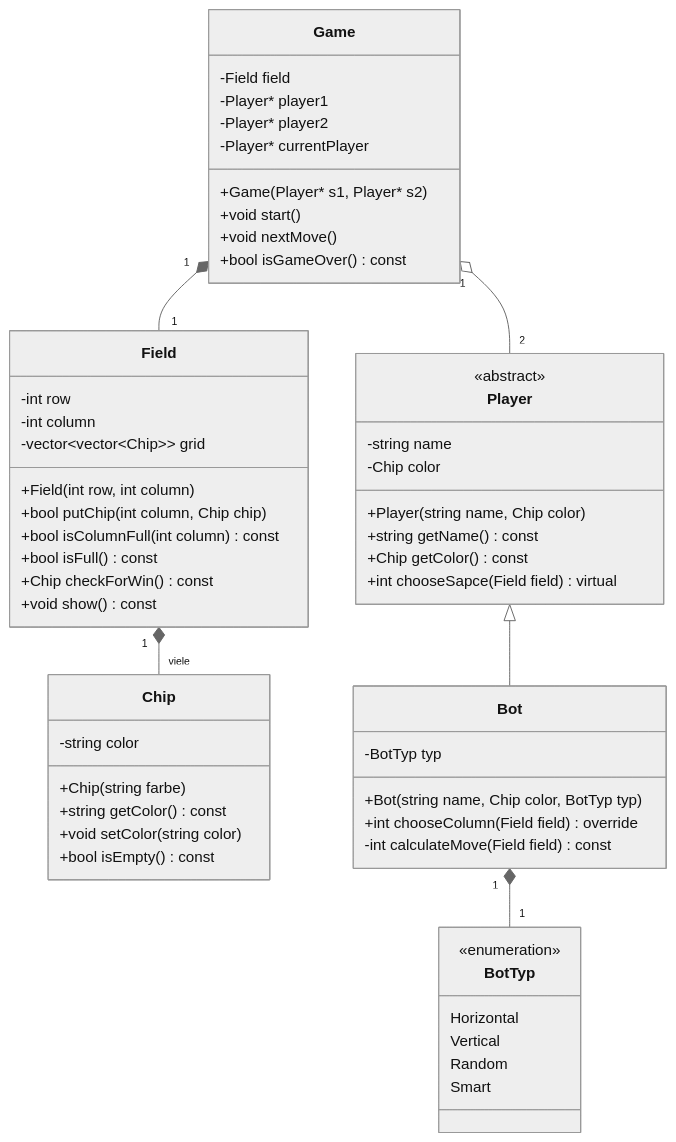
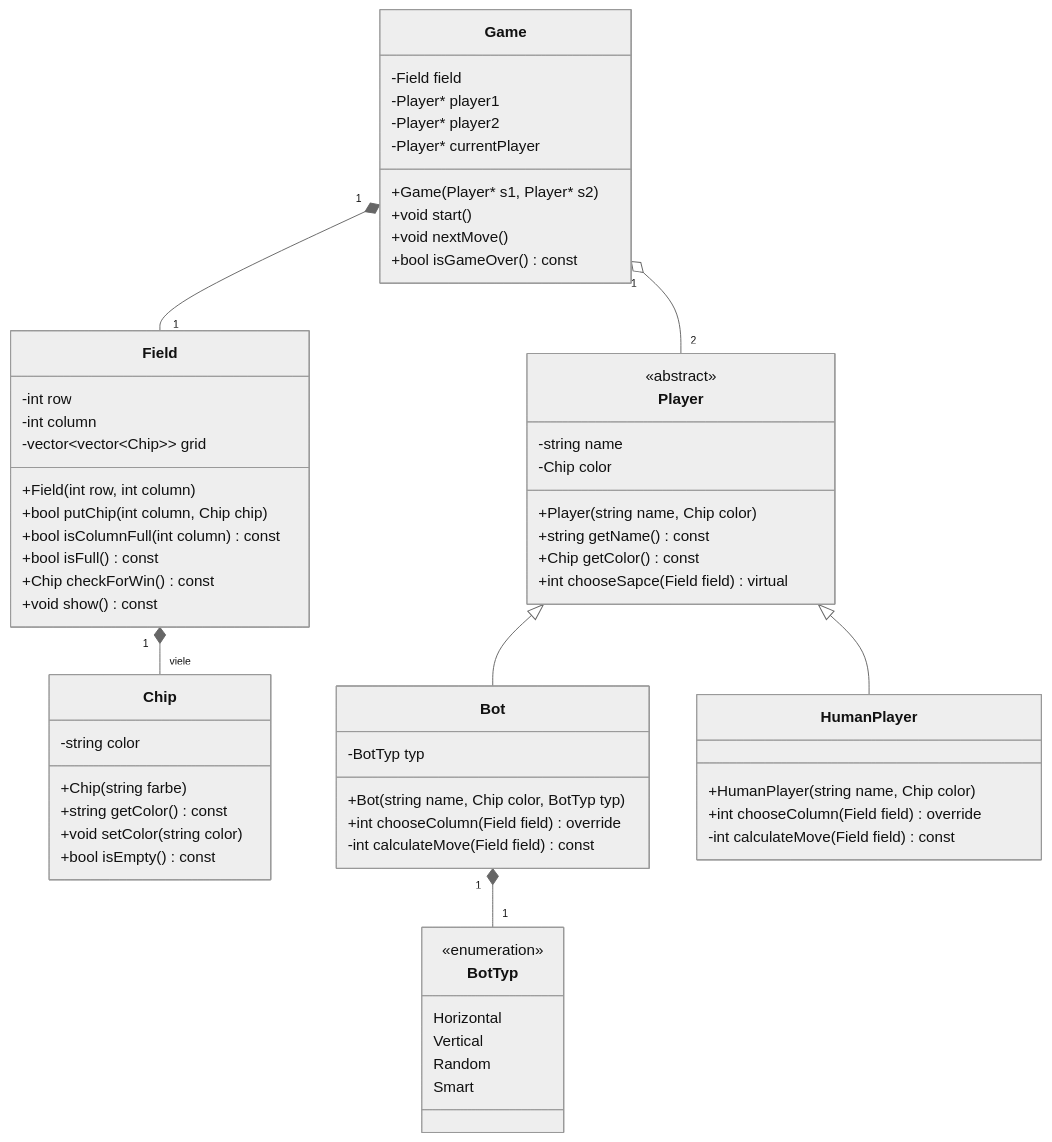
Before and after one commit to Ehnalk/ProbeProjektCpp: the diagram in docu/uml.md, drawn with Mermaid (neutral theme).

Commit message:
Add HumanPlayer class to UML diagram and establish inheritance from Player

````diff
--- a/docu/uml.md
+++ b/docu/uml.md
@@ -1,65 +1,72 @@
 ```mermaid
 classDiagram
     class Chip {
         -string color
         +Chip(string farbe)
         +string getColor() const
         +void setColor(string color)
         +bool isEmpty() const
     }
 
     class Field {
         -int row
         -int column
         -vector~vector~Chip~~ grid
         +Field(int row, int column)
         +bool putChip(int column, Chip chip)
         +bool isColumnFull(int column) const
         +bool isFull() const
         +Chip checkForWin() const
         +void show() const
     }
 
     class Player {
         <<abstract>>
         -string name
         -Chip color
         +Player(string name, Chip color)
         +string getName() const
         +Chip getColor() const
         +int chooseSapce(Field field) virtual
     }
 
     class BotTyp {
         <<enumeration>>
         Horizontal
         Vertical
         Random
         Smart
     }
 
     class Bot {
         -BotTyp typ
         +Bot(string name, Chip color, BotTyp typ)
         +int chooseColumn(Field field) override
         -int calculateMove(Field field) const
     }
 
+        class HumanPlayer {
+        +HumanPlayer(string name, Chip color)
+        +int chooseColumn(Field field) override
+        -int calculateMove(Field field) const
+    }
+
     class Game {
         -Field field
         -Player* player1
         -Player* player2
         -Player* currentPlayer
         +Game(Player* s1, Player* s2)
         +void start()
         +void nextMove()
         +bool isGameOver() const
     }
 
     Player <|-- Bot
+    Player <|-- HumanPlayer
     Field "1" *-- "viele" Chip
     Bot "1" *-- "1" BotTyp
     Game "1" *-- "1" Field
     Game "1" o-- "2" Player
 
 ```
````
